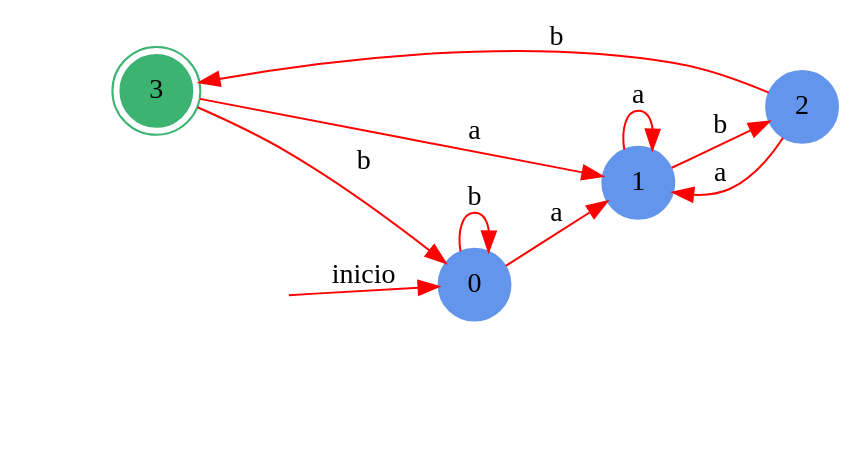
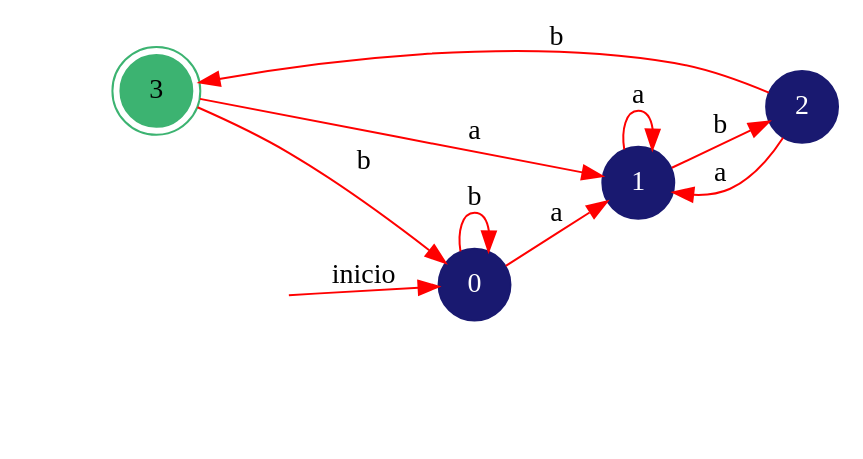
The diagram in GeneracionAutomatas/AFD_Directo.dot (fcpauldiaz-archive/Automata), drawn with Graphviz before and after one commit. The commit also changed 13 other files, not shown here.

```diff
--- a/GeneracionAutomatas/AFD_Directo.dot
+++ b/GeneracionAutomatas/AFD_Directo.dot
@@ -1,18 +1,18 @@
 digraph automata_finito {
 	rankdir=LR;
 	size="12,5"
 	node [shape=doublecircle, style = filled,color = mediumseagreen]; 3;
 	node [shape=circle];
-	node [color=cornflowerblue];
+	node [color=midnightblue,fontcolor=white];
 	edge [color=red];
 	 secret_node [style=invis];
 	secret_node -> 0 [label="inicio"];
 	0 -> 1 [label="a"];
 	0 -> 0 [label="b"];
 	1 -> 1 [label="a"];
 	1 -> 2 [label="b"];
 	2 -> 1 [label="a"];
 	2 -> 3 [label="b"];
 	3 -> 1 [label="a"];
 	3 -> 0 [label="b"];
 }
```
